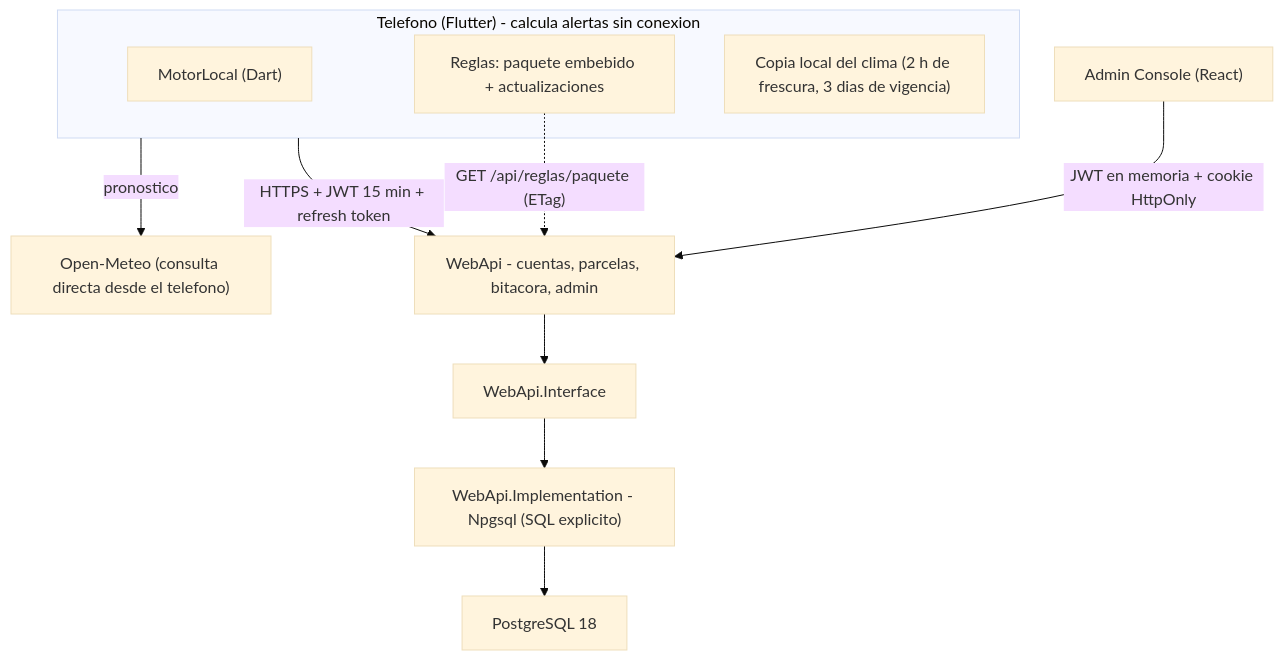
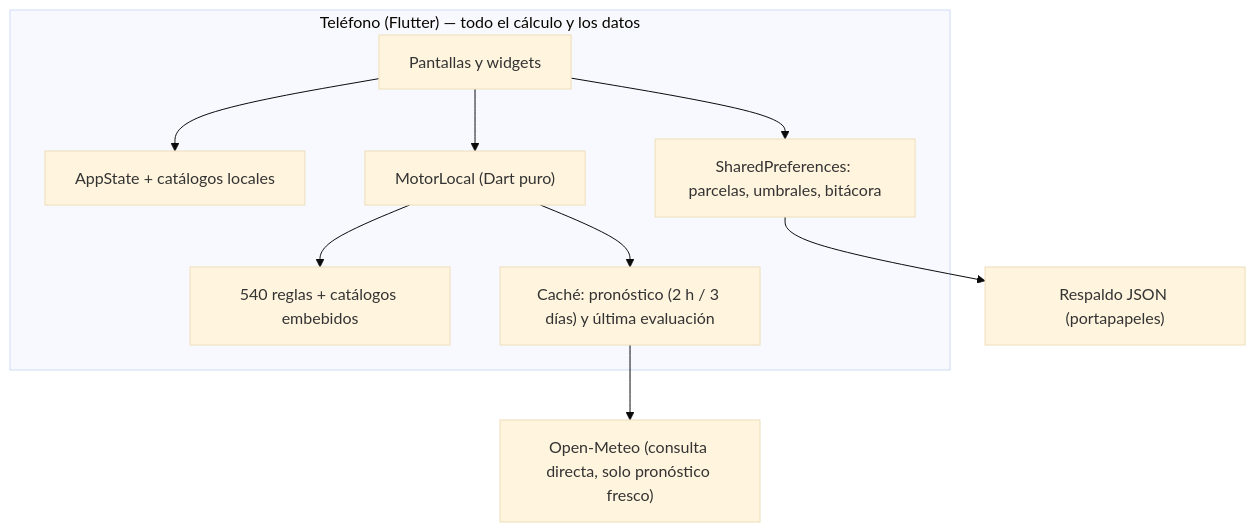
Before and after one commit to Abemilek/CosechaClima: the diagram in docs/architecture.md, drawn with Mermaid (base theme). The commit also changed other lines of this file and 80 other files, not shown here.

First line of the commit message:
feat(mobile): convertir la app a local-first sin servidor

````diff
--- a/docs/architecture.md
+++ b/docs/architecture.md
@@ -5,16 +9,20 @@
 ```mermaid
 flowchart TD
-    subgraph Telefono["Telefono (Flutter) - calcula alertas sin conexion"]
-        M["MotorLocal (Dart)"]
-        R["Reglas: paquete embebido + actualizaciones"]
-        C["Copia local del clima (2 h de frescura, 3 dias de vigencia)"]
+    subgraph Telefono["Teléfono (Flutter) — todo el cálculo y los datos"]
+        UI["Pantallas y widgets"]
+        APP["AppState + catálogos locales"]
+        M["MotorLocal (Dart puro)"]
+        R["540 reglas + catálogos embebidos"]
+        S["SharedPreferences: parcelas, umbrales, bitácora"]
+        C["Caché: pronóstico (2 h / 3 días) y última evaluación"]
     end
-    OM["Open-Meteo (consulta directa desde el telefono)"]
-    Telefono -->|"pronostico"| OM
-    Telefono -->|"HTTPS + JWT 15 min + refresh token"| B["WebApi - cuentas, parcelas, bitacora, admin"]
-    B --> C2["WebApi.Interface"]
-    C2 --> D["WebApi.Implementation - Npgsql (SQL explicito)"]
-    D --> E["PostgreSQL 18"]
-    Admin["Admin Console (React)"] -->|"JWT en memoria + cookie HttpOnly"| B
-    R -.->|"GET /api/reglas/paquete (ETag)"| B
+    OM["Open-Meteo (consulta directa, solo pronóstico fresco)"]
+    BK["Respaldo JSON (portapapeles)"]
+    UI --> APP
+    UI --> M
+    M --> R
+    UI --> S
+    M --> C
+    C --> OM
+    S --> BK
 ```
````
